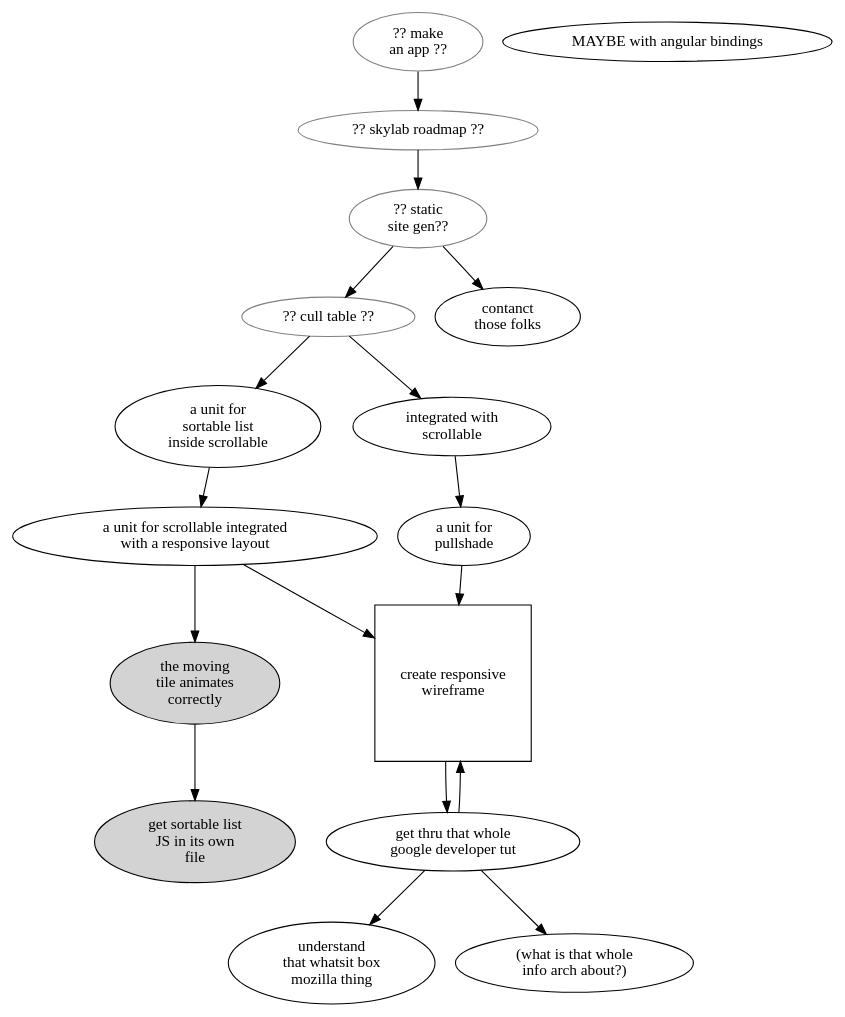
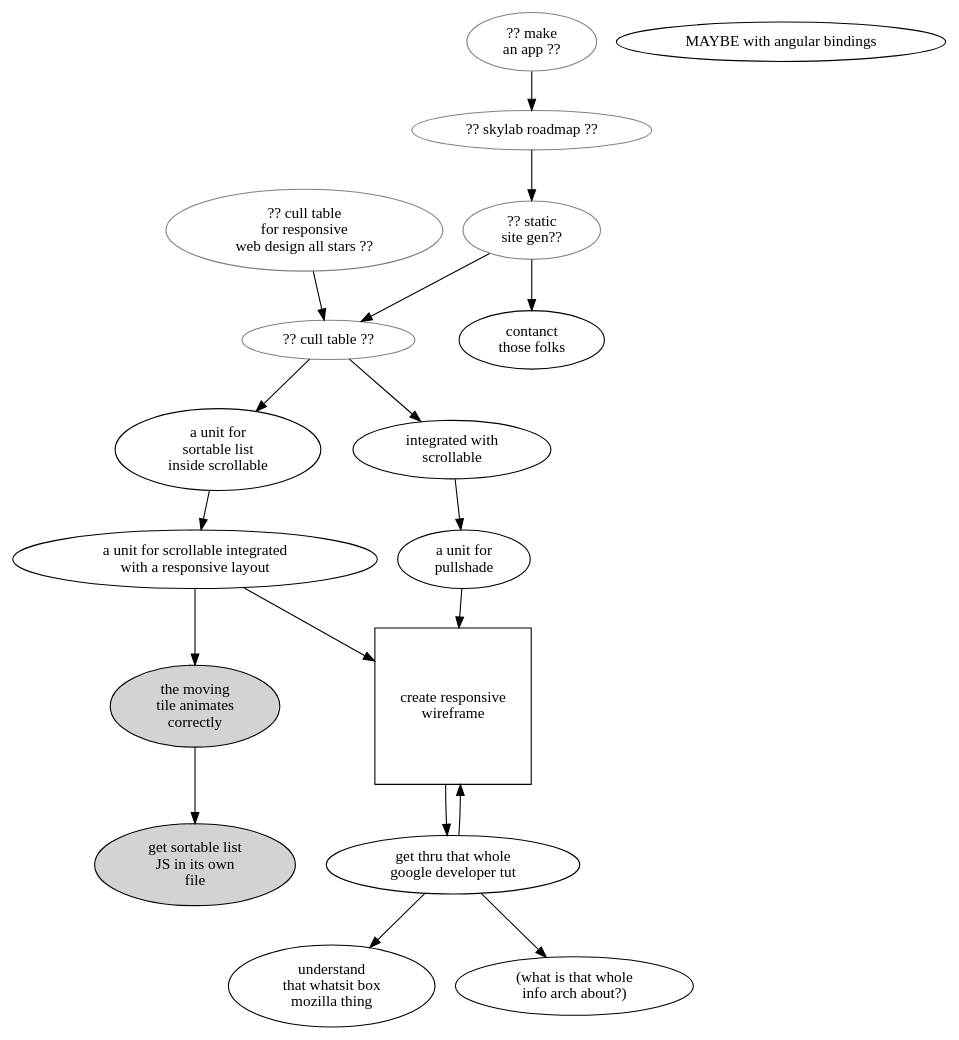
One commit to hipe/tmx changed the diagram in lib/skylab/sand-castle/doc/issues.dot. Above: the diagram before and after it, drawn with Graphviz. The commit also changed 4 other files, not shown here.

```diff
--- a/lib/skylab/sand-castle/doc/issues.dot
+++ b/lib/skylab/sand-castle/doc/issues.dot
@@ -1,43 +1,46 @@
 digraph g {
 
 app1 [label="?? make\nan app ??" color=grey];
 app1->plan;
 
 plan [label="?? skylab roadmap ??" color=grey];
 plan->ssg;
 
 ssg [label="?? static\nsite gen??" color=grey];
 ssg->ct;
 ssg->ctg;
 ctg [label="contanct\nthose folks"]
+
+ctfrwd [label="?? cull table\nfor responsive\nweb design all stars ??", color=grey]
+ctfrwd -> ct;
 
 ct [label="?? cull table ??", color=grey];
 ct->nxt; ct->atns;
 
 atns [label="integrated with\nscrollable"]
 atns->atn;
 
 atn [label="a unit for\npullshade"]
 atn->sq
 
 nxt [label="a unit for\nsortable list\ninside scrollable"] ; nxt->three;
 
 moz [label="understand\nthat whatsit box\nmozilla thing"] ; tut->moz;
 
 sq [label="create responsive\nwireframe" shape=square] ; sq->tut ; tut->sq;
 three->sq
 three->two
 
 
 tut [label="get thru that whole\ngoogle developer tut"]
 
 tut -> tut_ ; tut_ [label="(what is that whole\ninfo arch about?)"]
 
 one [label="get sortable list\nJS in its own\nfile" style=filled]
 two [label="the moving\ntile animates\ncorrectly" style=filled]
 
 three [label="a unit for scrollable integrated\nwith a responsive layout"]
 four [label="MAYBE with angular bindings"]
 
 two->one
 }
```
